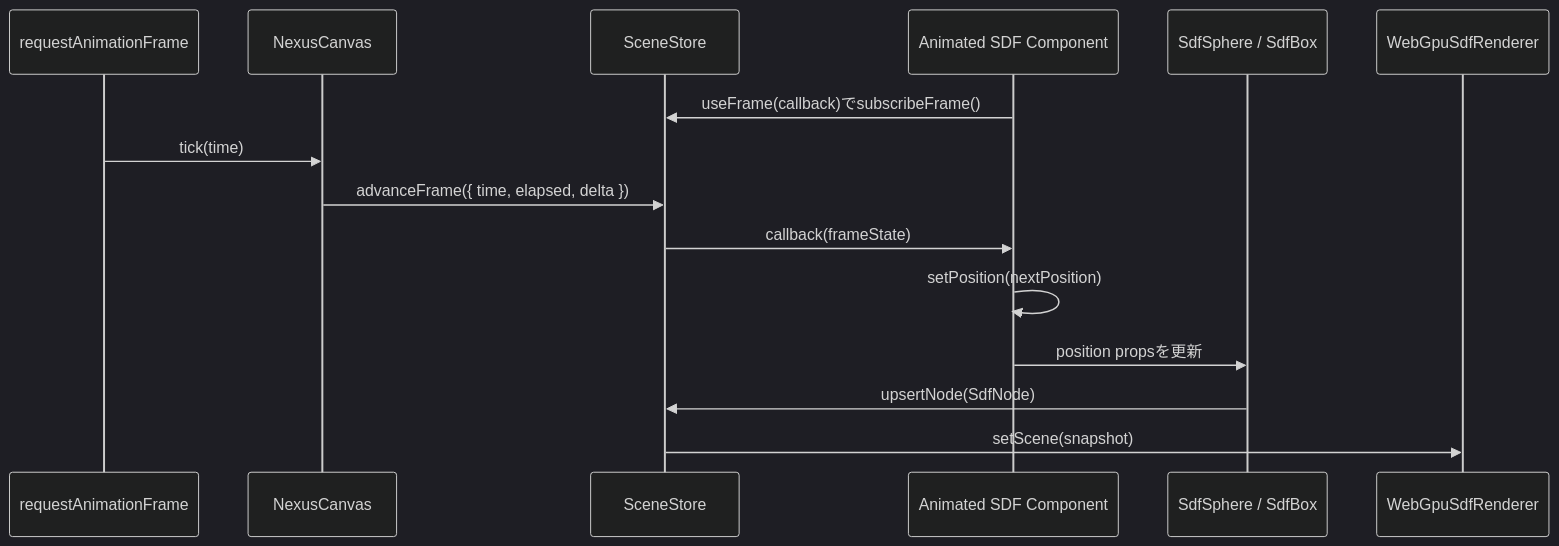
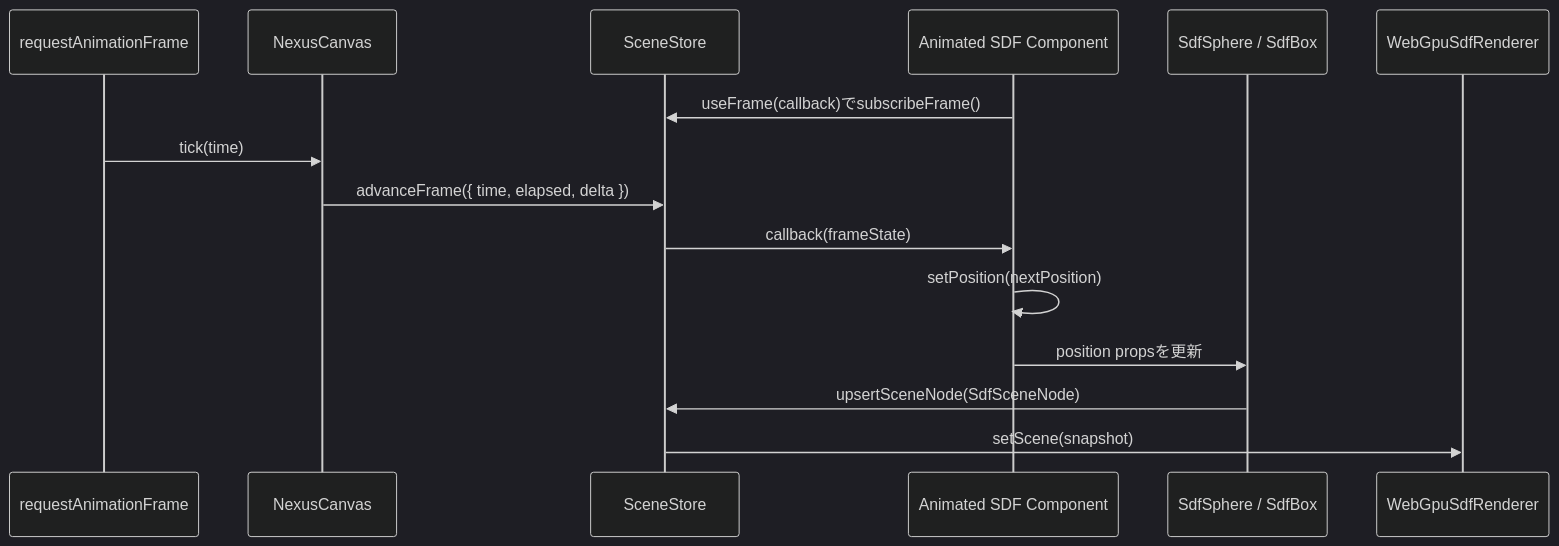
Before and after one commit to wakufactory/NexusGPU: the third of 4 diagrams in docs/architecture.md, drawn with Mermaid (dark theme). The commit also changed other lines of this file and 5 other files, not shown here.

````diff
--- a/docs/architecture.md
+++ b/docs/architecture.md
@@ -513,18 +603,18 @@
 ```mermaid
 sequenceDiagram
   participant RAF as requestAnimationFrame
   participant NexusCanvas
   participant Store as SceneStore
   participant Component as Animated SDF Component
   participant Primitive as SdfSphere / SdfBox
   participant Renderer as WebGpuSdfRenderer
 
   Component->>Store: useFrame(callback)でsubscribeFrame()
   RAF->>NexusCanvas: tick(time)
   NexusCanvas->>Store: advanceFrame({ time, elapsed, delta })
   Store->>Component: callback(frameState)
   Component->>Component: setPosition(nextPosition)
   Component->>Primitive: position propsを更新
-  Primitive->>Store: upsertNode(SdfNode)
+  Primitive->>Store: upsertSceneNode(SdfSceneNode)
   Store->>Renderer: setScene(snapshot)
 ```
````
